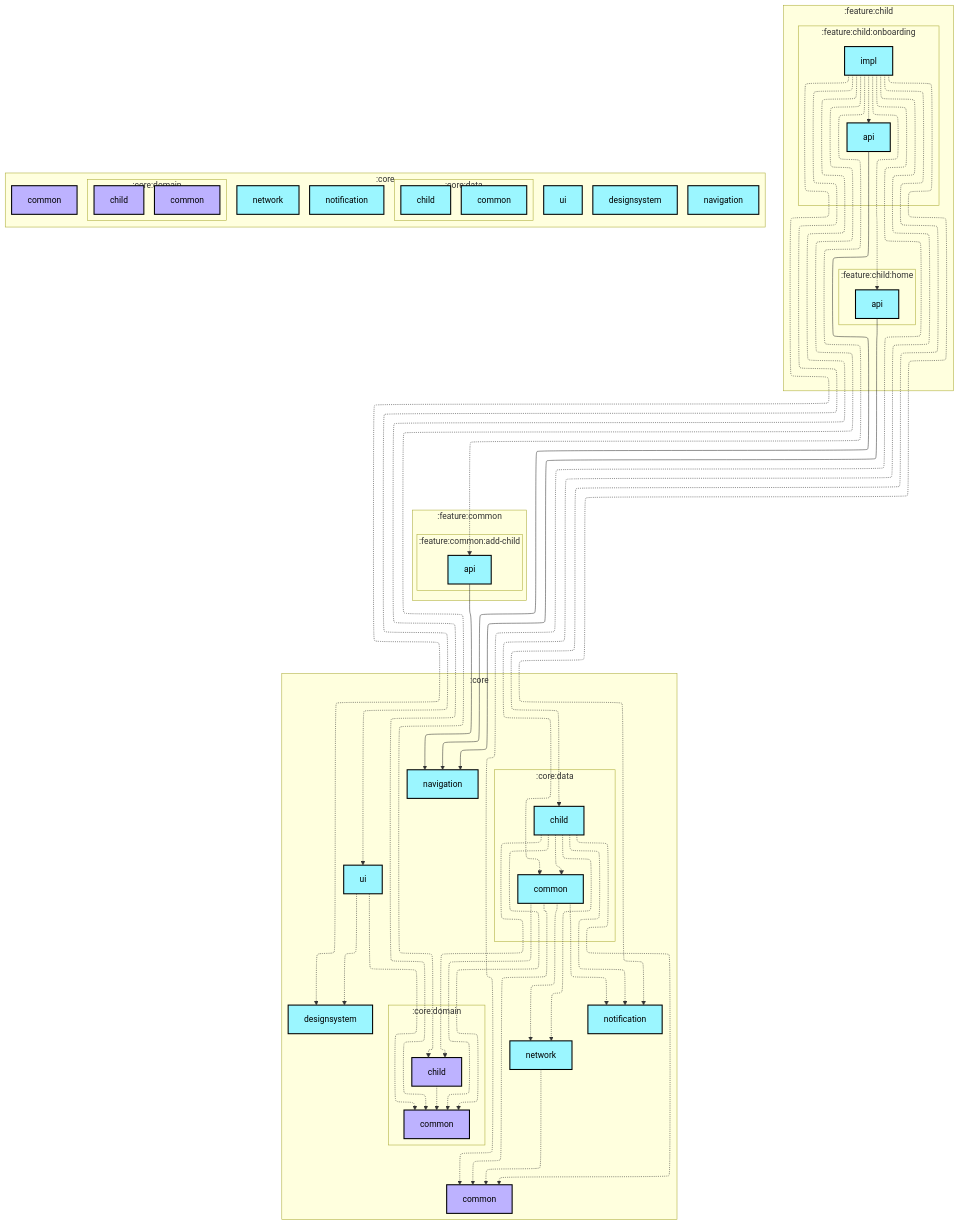
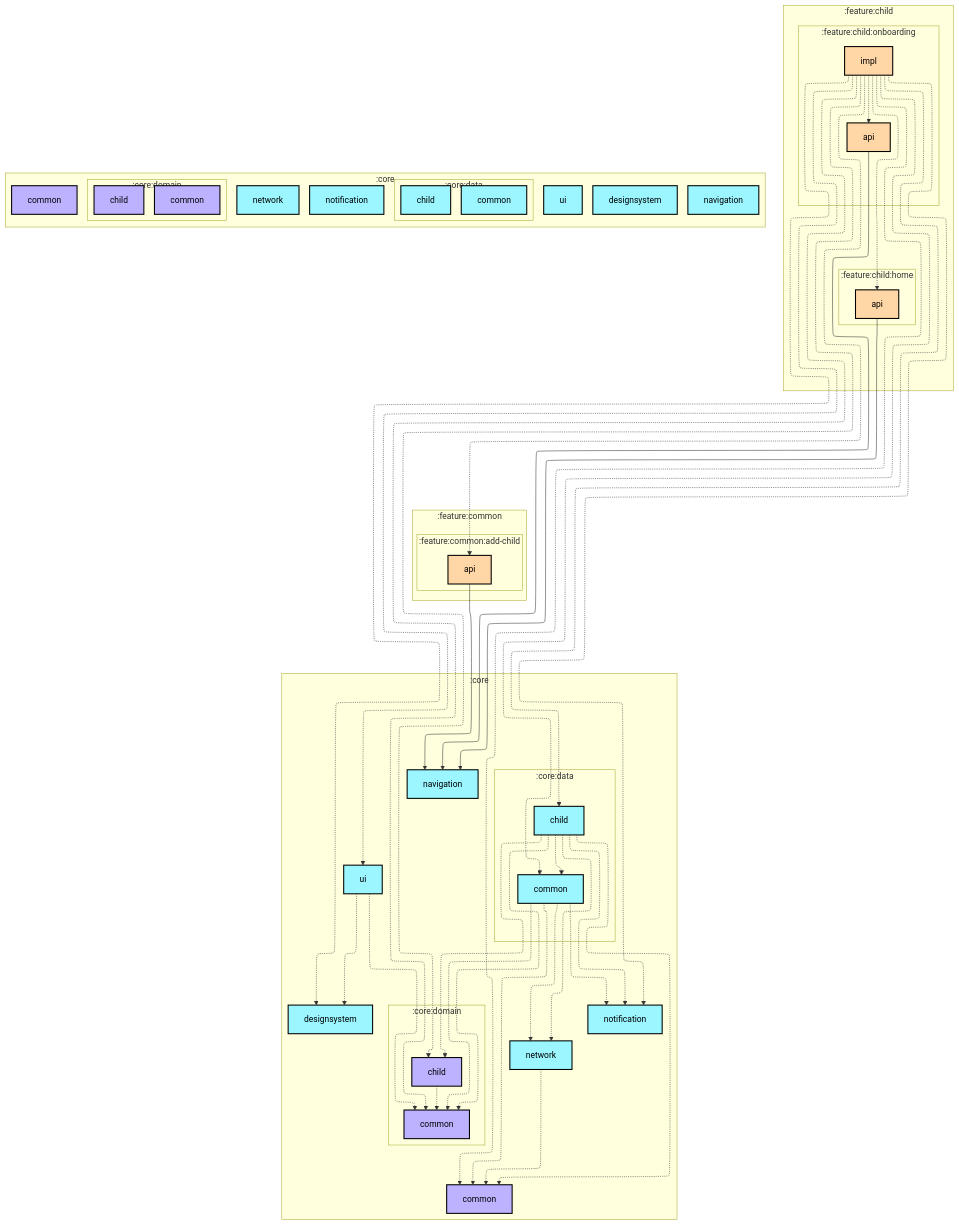
Before and after one commit to jadavchirag/jadavchirag: the first of 2 diagrams in architecture/ParentalControlApps/feature/child/onboarding/impl/README.md, drawn with Mermaid. The commit also changed 26 other files, not shown here.

Commit message:
fixed feature module colors in graphs

```diff
--- a/architecture/ParentalControlApps/feature/child/onboarding/impl/README.md
+++ b/architecture/ParentalControlApps/feature/child/onboarding/impl/README.md
@@ -15,12 +15,12 @@
     direction TB
     subgraph :feature:child:onboarding
       direction TB
-      :feature:child:onboarding:api[api]:::android-library
-      :feature:child:onboarding:impl[impl]:::android-library
+      :feature:child:onboarding:api[api]:::android-feature
+      :feature:child:onboarding:impl[impl]:::android-feature
     end
     subgraph :feature:child:home
       direction TB
-      :feature:child:home:api[api]:::android-library
+      :feature:child:home:api[api]:::android-feature
     end
   end
   subgraph :core
@@ -49,7 +49,7 @@
     direction TB
     subgraph :feature:common:add-child
       direction TB
-      :feature:common:add-child:api[api]:::android-library
+      :feature:common:add-child:api[api]:::android-feature
     end
   end
 
```
